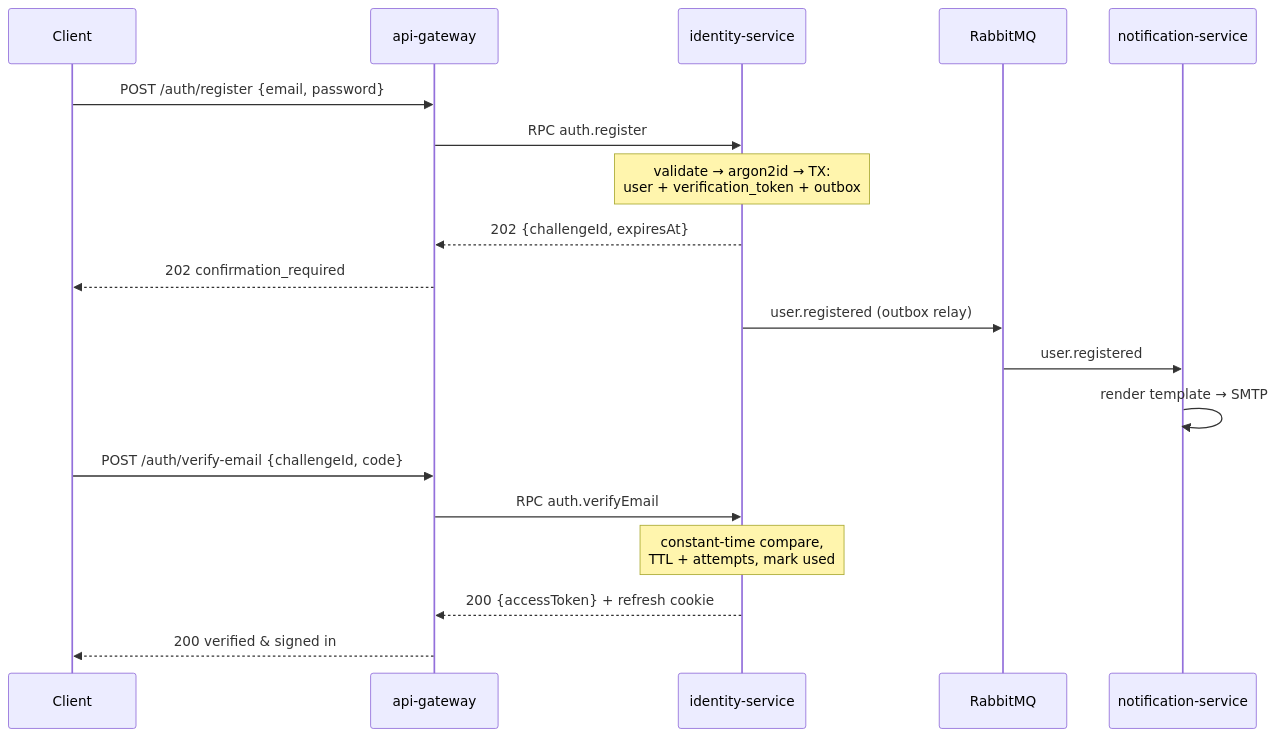
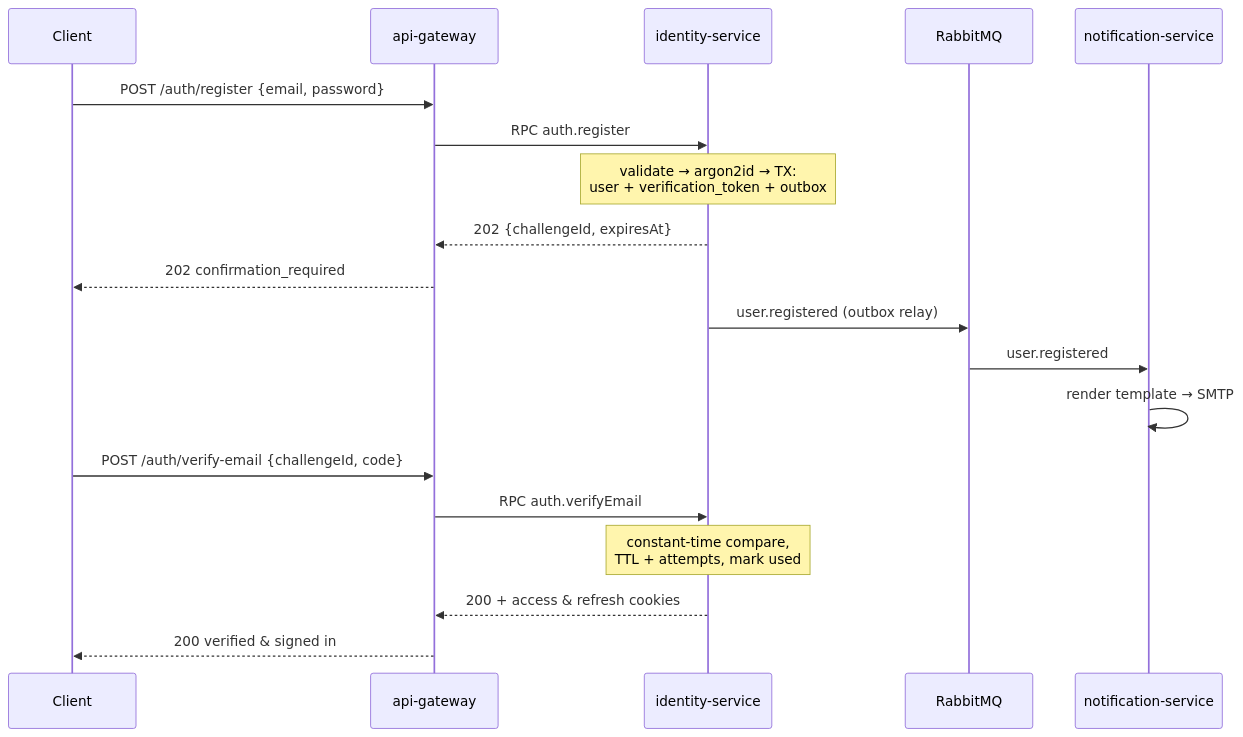
One commit to becauseofyougg/BE-file-converter changed the diagram in docs/REGISTRATION.md. Above: the diagram before and after it, drawn with Mermaid. The commit also changed other lines of this file and 30 other files, not shown here.

````diff
--- a/docs/REGISTRATION.md
+++ b/docs/REGISTRATION.md
@@ -191,22 +192,22 @@
 ```mermaid
 sequenceDiagram
   participant C as Client
   participant GW as api-gateway
   participant ID as identity-service
   participant MQ as RabbitMQ
   participant NT as notification-service
 
   C->>GW: POST /auth/register {email, password}
   GW->>ID: RPC auth.register
   Note over ID: validate → argon2id → TX:<br/>user + verification_token + outbox
   ID-->>GW: 202 {challengeId, expiresAt}
   GW-->>C: 202 confirmation_required
   ID->>MQ: user.registered (outbox relay)
   MQ->>NT: user.registered
   NT->>NT: render template → SMTP
   C->>GW: POST /auth/verify-email {challengeId, code}
   GW->>ID: RPC auth.verifyEmail
   Note over ID: constant-time compare,<br/>TTL + attempts, mark used
-  ID-->>GW: 200 {accessToken} + refresh cookie
+  ID-->>GW: 200 + access & refresh cookies
   GW-->>C: 200 verified & signed in
 ```
````
